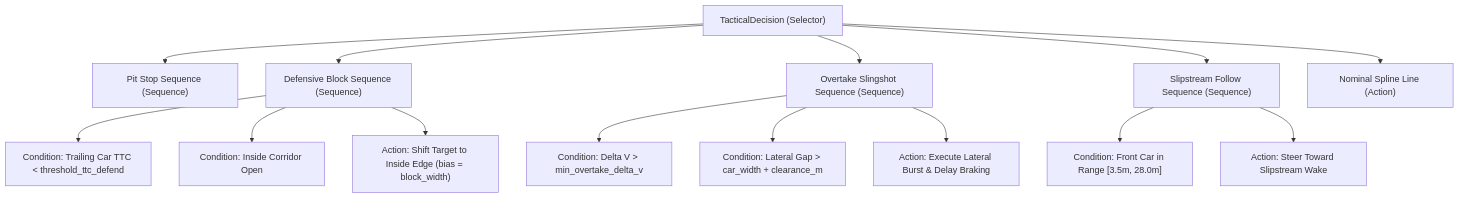
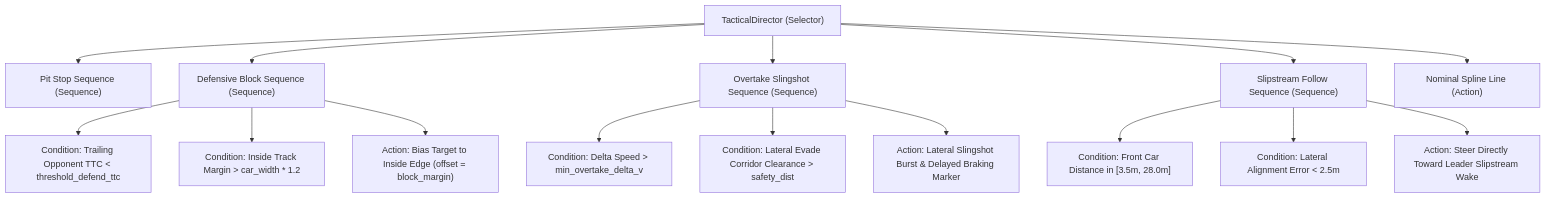
The third of 3 diagrams in specs/083_evorl_bot_driving_style_and_performance_optimization.md (magomar/tdrace), drawn with Mermaid before and after one commit. The commit also changed other lines of this file and 1 other file, not shown here.

Commit message:
docs(spec): draft Spec 083 EvoRL bot driving style and performance optimization (tdrace-eow3)

````diff
--- a/specs/083_evorl_bot_driving_style_and_performance_optimization.md
+++ b/specs/083_evorl_bot_driving_style_and_performance_optimization.md
@@ -201,20 +228,21 @@
 ```mermaid
 flowchart TD
-    Root["TacticalDecision (Selector)"]
+    Root["TacticalDirector (Selector)"]
     Root --> S_Pit["Pit Stop Sequence (Sequence)"]
     Root --> S_Defend["Defensive Block Sequence (Sequence)"]
     Root --> S_Attack["Overtake Slingshot Sequence (Sequence)"]
     Root --> S_Draft["Slipstream Follow Sequence (Sequence)"]
     Root --> A_Nominal["Nominal Spline Line (Action)"]
 
-    S_Defend --> C_Threat["Condition: Trailing Car TTC < threshold_ttc_defend"]
-    S_Defend --> C_InsideOpen["Condition: Inside Corridor Open"]
-    S_Defend --> A_Block["Action: Shift Target to Inside Edge (bias = block_width)"]
+    S_Defend --> C_Threat["Condition: Trailing Opponent TTC < threshold_defend_ttc"]
+    S_Defend --> C_InsideOpen["Condition: Inside Track Margin > car_width * 1.2"]
+    S_Defend --> A_Block["Action: Bias Target to Inside Edge (offset = block_margin)"]
 
-    S_Attack --> C_SpeedDelta["Condition: Delta V > min_overtake_delta_v"]
-    S_Attack --> C_Clearance["Condition: Lateral Gap > car_width + clearance_m"]
-    S_Attack --> A_Slingshot["Action: Execute Lateral Burst & Delay Braking"]
+    S_Attack --> C_SpeedDelta["Condition: Delta Speed > min_overtake_delta_v"]
+    S_Attack --> C_Clearance["Condition: Lateral Evade Corridor Clearance > safety_dist"]
+    S_Attack --> A_Slingshot["Action: Lateral Slingshot Burst & Delayed Braking Marker"]
 
-    S_Draft --> C_InWake["Condition: Front Car in Range [3.5m, 28.0m]"]
-    S_Draft --> A_AlignWake["Action: Steer Toward Slipstream Wake"]
+    S_Draft --> C_InWake["Condition: Front Car Distance in [3.5m, 28.0m]"]
+    S_Draft --> C_WakeAligned["Condition: Lateral Alignment Error < 2.5m"]
+    S_Draft --> A_AlignWake["Action: Steer Directly Toward Leader Slipstream Wake"]
 ```
````
